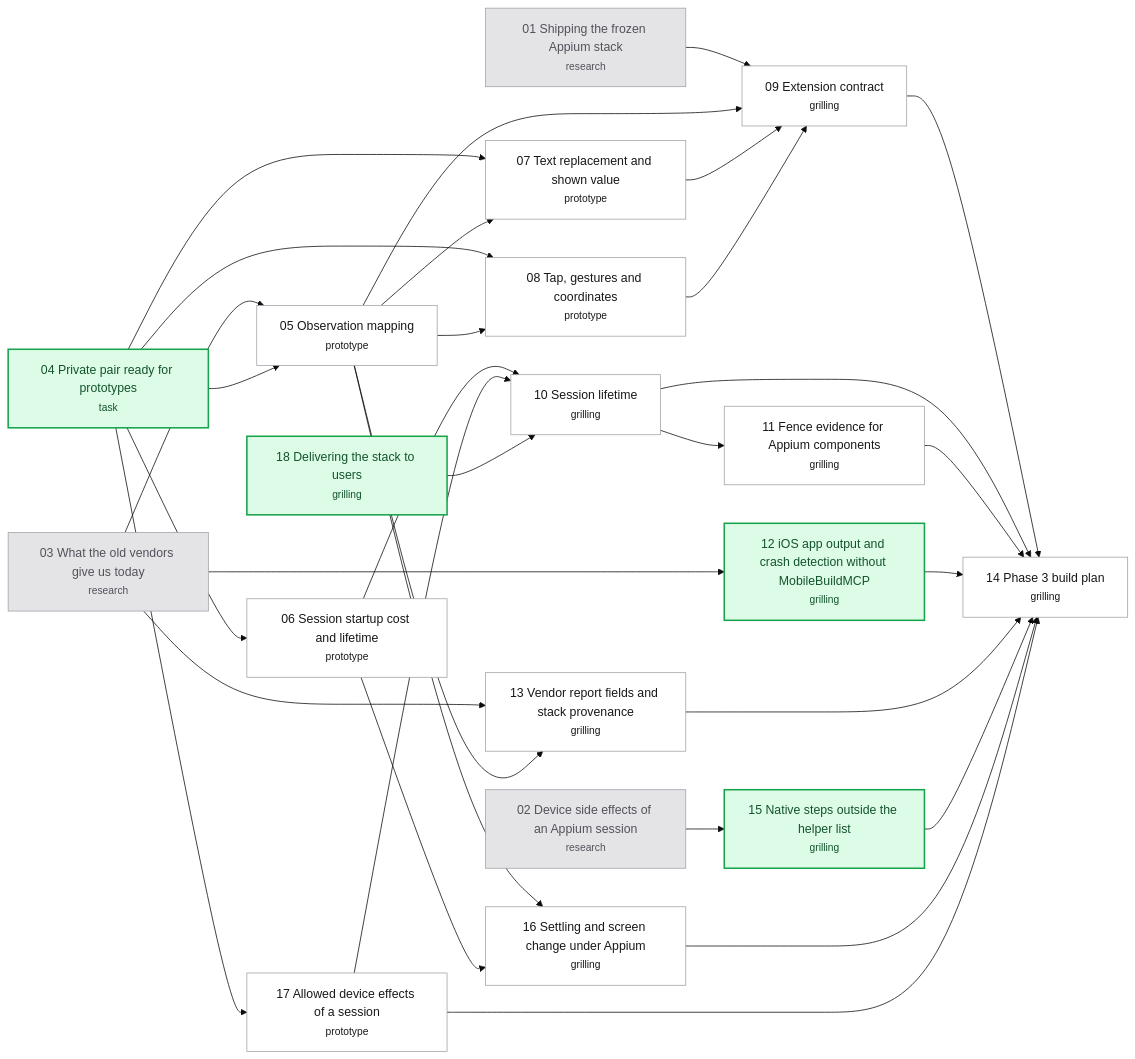
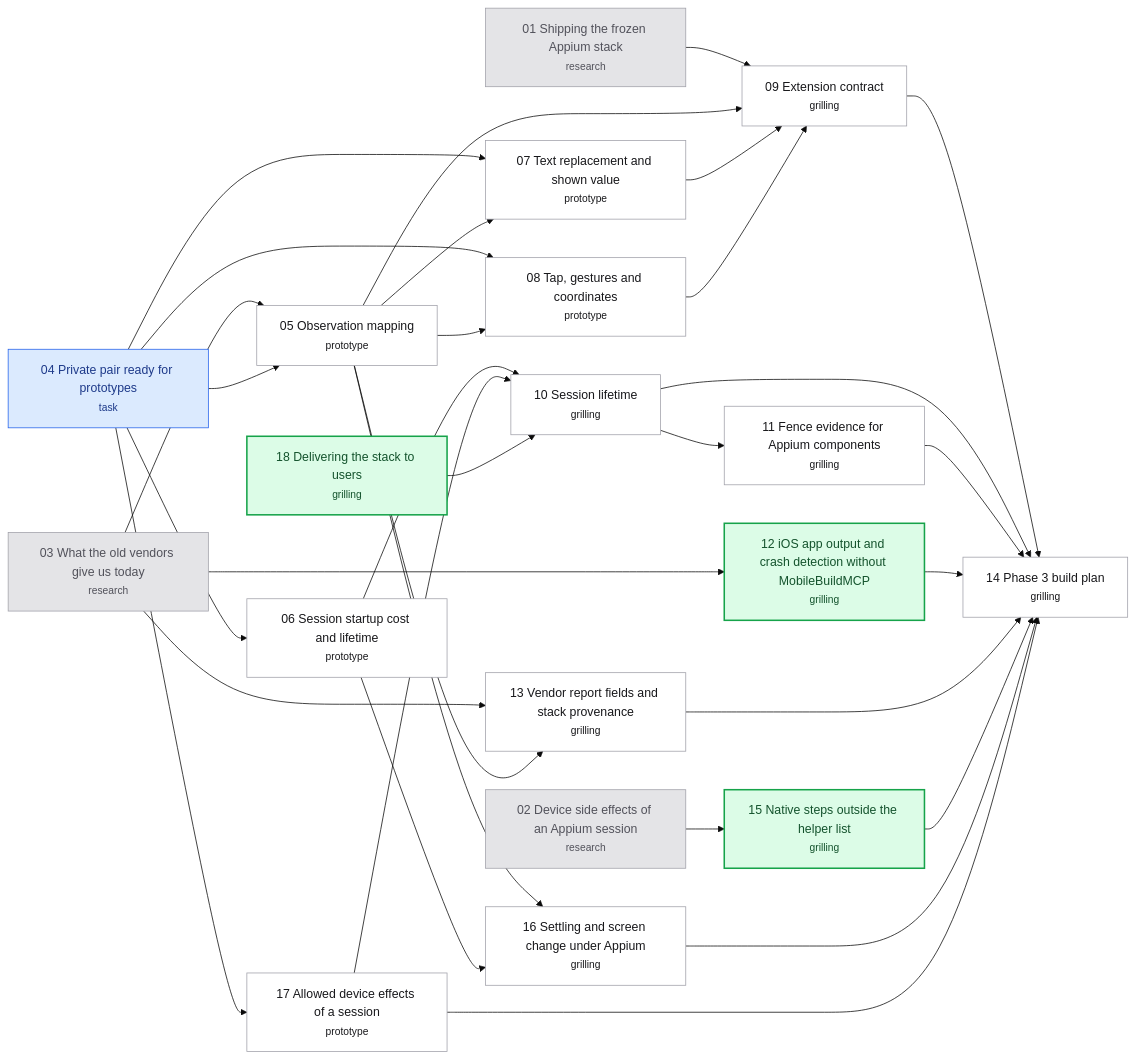
One commit to hugues-vnsgn/jev-ios-bridge changed the diagram in .scratch/appium-phase3/map.md. Above: the diagram before and after it, drawn with Mermaid (base theme). The commit also changed 1 other file, not shown here.

Commit message:
docs(appium-phase3): claim Private pair ready for prototypes

````diff
--- a/.scratch/appium-phase3/map.md
+++ b/.scratch/appium-phase3/map.md
@@ -75,58 +75,59 @@
 ```mermaid
 flowchart LR
     T01["01 Shipping the frozen Appium stack<br/><small>research</small>"]
     T02["02 Device side effects of an Appium session<br/><small>research</small>"]
     T03["03 What the old vendors give us today<br/><small>research</small>"]
     T04["04 Private pair ready for prototypes<br/><small>task</small>"]
     T05["05 Observation mapping<br/><small>prototype</small>"]
     T06["06 Session startup cost and lifetime<br/><small>prototype</small>"]
     T07["07 Text replacement and shown value<br/><small>prototype</small>"]
     T08["08 Tap, gestures and coordinates<br/><small>prototype</small>"]
     T09["09 Extension contract<br/><small>grilling</small>"]
     T10["10 Session lifetime<br/><small>grilling</small>"]
     T11["11 Fence evidence for Appium components<br/><small>grilling</small>"]
     T12["12 iOS app output and crash detection without MobileBuildMCP<br/><small>grilling</small>"]
     T13["13 Vendor report fields and stack provenance<br/><small>grilling</small>"]
     T14["14 Phase 3 build plan<br/><small>grilling</small>"]
     T15["15 Native steps outside the helper list<br/><small>grilling</small>"]
     T16["16 Settling and screen change under Appium<br/><small>grilling</small>"]
     T17["17 Allowed device effects of a session<br/><small>prototype</small>"]
     T18["18 Delivering the stack to users<br/><small>grilling</small>"]
     T03 --> T05
     T04 --> T05
     T04 --> T06
     T04 --> T07
     T05 --> T07
     T04 --> T08
     T05 --> T08
     T01 --> T09
     T05 --> T09
     T07 --> T09
     T08 --> T09
     T06 --> T10
     T17 --> T10
     T18 --> T10
     T10 --> T11
     T03 --> T12
     T03 --> T13
     T05 --> T13
     T09 --> T14
     T10 --> T14
     T11 --> T14
     T12 --> T14
     T13 --> T14
     T15 --> T14
     T16 --> T14
     T17 --> T14
     T02 --> T15
     T05 --> T16
     T06 --> T16
     T04 --> T17
     classDef resolved fill:#e4e4e7,stroke:#a1a1aa,color:#52525b
     classDef claimed fill:#dbeafe,stroke:#2563eb,color:#1e3a8a
     classDef frontier fill:#dcfce7,stroke:#16a34a,color:#14532d,stroke-width:2px
     classDef blocked fill:#ffffff,stroke:#a1a1aa,color:#18181b
     class T01,T02,T03 resolved
-    class T04,T12,T15,T18 frontier
+    class T04 claimed
+    class T12,T15,T18 frontier
     class T05,T06,T07,T08,T09,T10,T11,T13,T14,T16,T17 blocked
 ```
````
